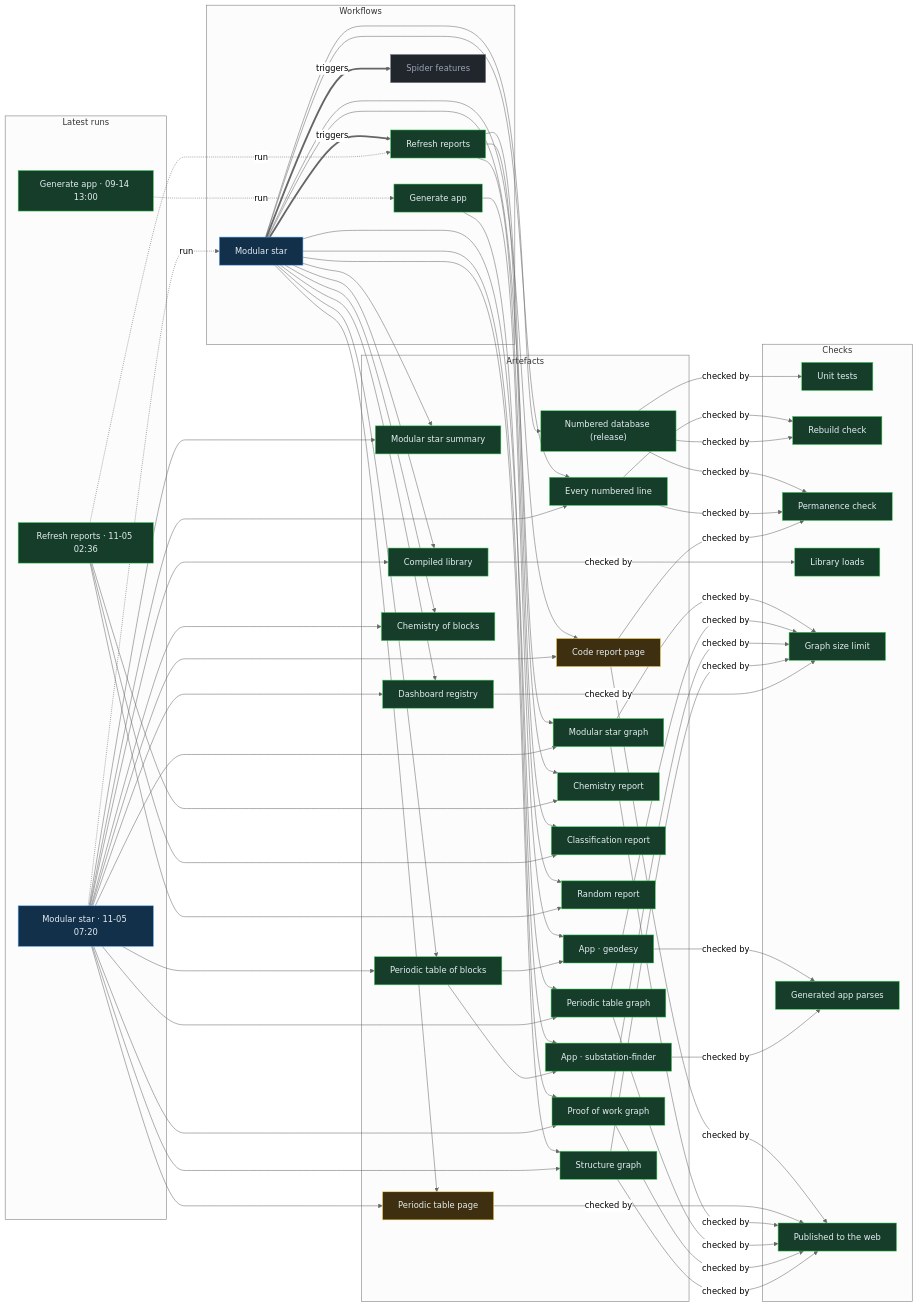
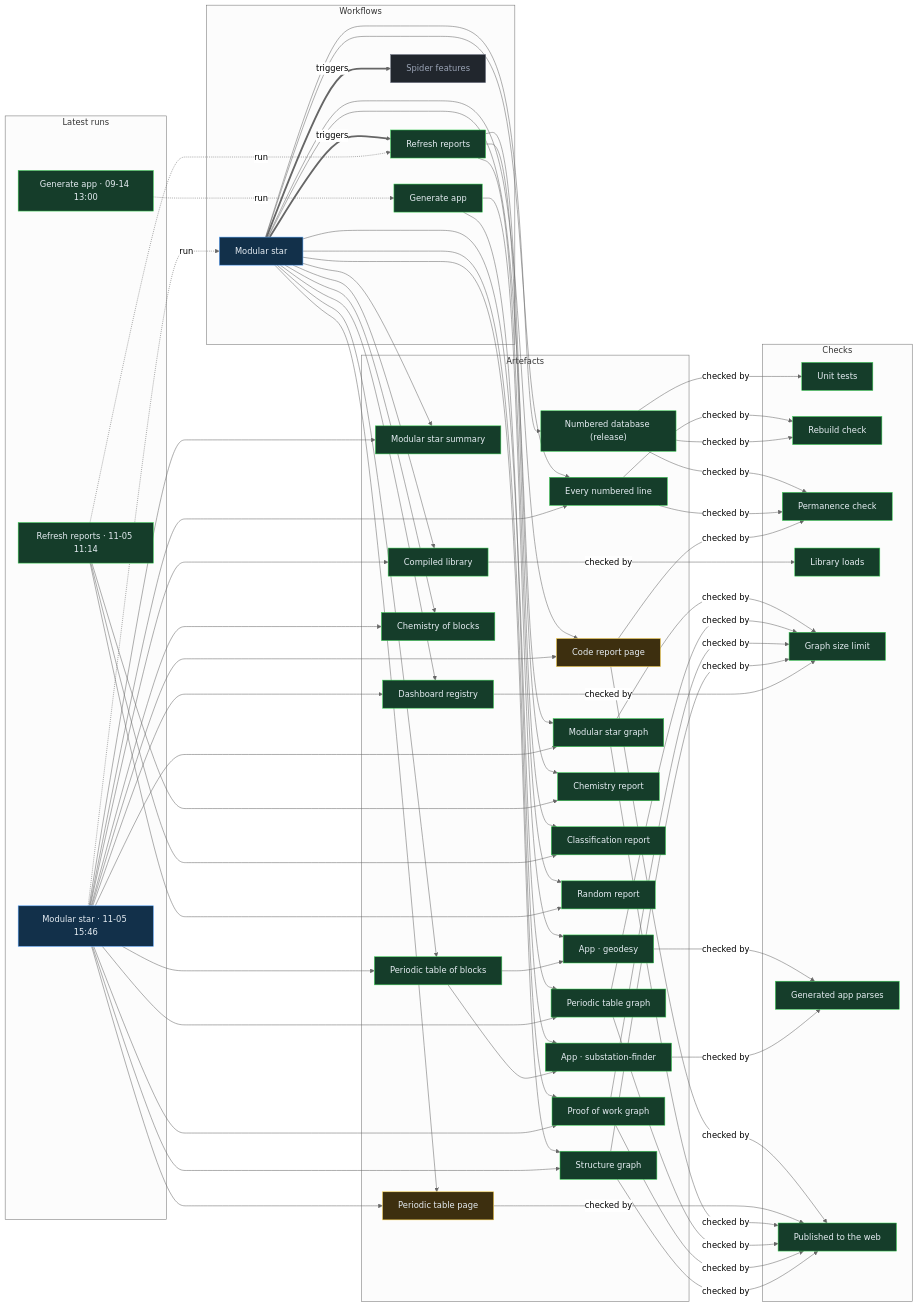
The diagram in proof/PROOF.md (Ventusltd/stars), drawn with Mermaid (neutral theme) before and after one commit. The commit also changed other lines of this file and 36 other files, not shown here.

Commit message:
Modular star 2026-11-05T15:50Z

```diff
--- a/proof/PROOF.md
+++ b/proof/PROOF.md
@@ -24,8 +24,8 @@
   n_wf_spider_features["Spider features"]:::off
   end
   subgraph g_runs["Latest runs"]
-  n_run_41986501907["Modular star · 11-05 07:20"]:::live
-  n_run_41956323410["Refresh reports · 11-05 02:36"]:::ok
+  n_run_42058439284["Modular star · 11-05 15:46"]:::live
+  n_run_42017339295["Refresh reports · 11-05 11:14"]:::ok
   n_run_34846587798["Generate app · 09-14 13:00"]:::ok
   end
   subgraph g_artefacts["Artefacts"]
@@ -59,39 +59,39 @@
   end
   n_wf_modular_star == triggers ==> n_wf_refresh
   n_wf_modular_star == triggers ==> n_wf_spider_features
-  n_run_41986501907 -. run .-> n_wf_modular_star
-  n_run_41956323410 -. run .-> n_wf_refresh
+  n_run_42058439284 -. run .-> n_wf_modular_star
+  n_run_42017339295 -. run .-> n_wf_refresh
   n_run_34846587798 -. run .-> n_wf_generate
   n_wf_modular_star --> n_art_summary
-  n_run_41986501907 --> n_art_summary
+  n_run_42058439284 --> n_art_summary
   n_wf_modular_star --> n_art_lines
-  n_run_41986501907 --> n_art_lines
+  n_run_42058439284 --> n_art_lines
   n_wf_modular_star --> n_art_code
-  n_run_41986501907 --> n_art_code
+  n_run_42058439284 --> n_art_code
   n_wf_modular_star --> n_art_modular_graph
-  n_run_41986501907 --> n_art_modular_graph
+  n_run_42058439284 --> n_art_modular_graph
   n_wf_modular_star --> n_art_blocks
-  n_run_41986501907 --> n_art_blocks
+  n_run_42058439284 --> n_art_blocks
   n_wf_modular_star --> n_art_table
-  n_run_41986501907 --> n_art_table
+  n_run_42058439284 --> n_art_table
   n_wf_modular_star --> n_art_blocks_graph
-  n_run_41986501907 --> n_art_blocks_graph
+  n_run_42058439284 --> n_art_blocks_graph
   n_wf_modular_star --> n_art_reactions
-  n_run_41986501907 --> n_art_reactions
+  n_run_42058439284 --> n_art_reactions
   n_wf_modular_star --> n_art_library
-  n_run_41986501907 --> n_art_library
+  n_run_42058439284 --> n_art_library
   n_wf_modular_star --> n_art_features
-  n_run_41986501907 --> n_art_features
+  n_run_42058439284 --> n_art_features
   n_wf_modular_star --> n_art_proof
-  n_run_41986501907 --> n_art_proof
+  n_run_42058439284 --> n_art_proof
   n_wf_modular_star --> n_art_structure
-  n_run_41986501907 --> n_art_structure
+  n_run_42058439284 --> n_art_structure
   n_wf_refresh --> n_art_chemistry
-  n_run_41956323410 --> n_art_chemistry
+  n_run_42017339295 --> n_art_chemistry
   n_wf_refresh --> n_art_vedic
-  n_run_41956323410 --> n_art_vedic
+  n_run_42017339295 --> n_art_vedic
   n_wf_refresh --> n_art_random
-  n_run_41956323410 --> n_art_random
+  n_run_42017339295 --> n_art_random
   n_wf_modular_star --> n_art_release
   n_wf_generate --> n_app_geodesy
   n_art_blocks --> n_app_geodesy
```
